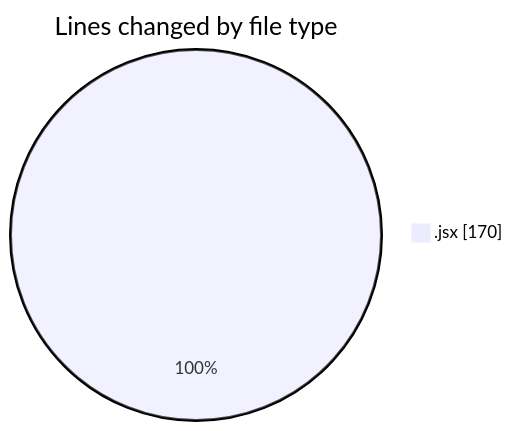
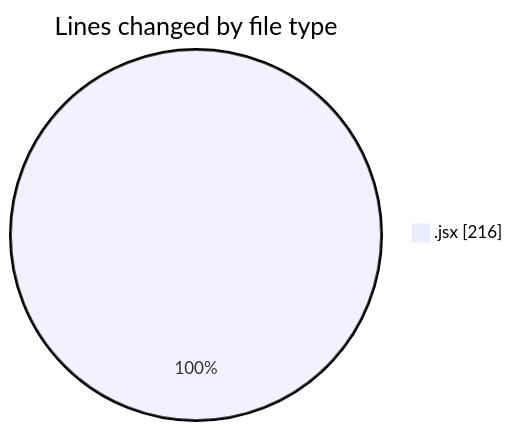
One commit to nxtqubesakshisongat/code-tracking changed the first of 2 diagrams in 2025-10-09/nxtqube_webapp/README.md. Above: the diagram before and after it, drawn with Mermaid. The commit also changed other lines of this file and 1 other file, not shown here.

````diff
--- a/2025-10-09/nxtqube_webapp/README.md
+++ b/2025-10-09/nxtqube_webapp/README.md
@@ -20,5 +20,5 @@
 ```mermaid
 pie showData
 title Lines changed by file type
-".jsx" : 170
+".jsx" : 216
 ```
````
